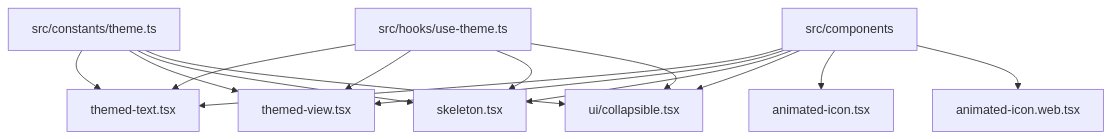
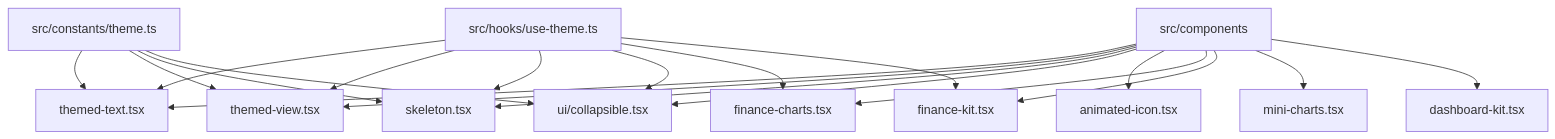
Before and after one commit to Muhammad-Masood/tijarah-ai-app: the first of 9 diagrams in .qoder/repowiki/en/content/Component Library.md, drawn with Mermaid. The commit also changed other lines of this file and 25 other files, not shown here.

````diff
--- a/.qoder/repowiki/en/content/Component Library.md
+++ b/.qoder/repowiki/en/content/Component Library.md
@@ -35,17 +48,22 @@
 ```mermaid
 graph TB
 A["src/components"] --> B["themed-text.tsx"]
 A --> C["themed-view.tsx"]
 A --> D["skeleton.tsx"]
 A --> E["ui/collapsible.tsx"]
 A --> F["animated-icon.tsx"]
-A --> G["animated-icon.web.tsx"]
-H["src/constants/theme.ts"] --> B
-H --> C
-H --> D
-H --> E
-I["src/hooks/use-theme.ts"] --> B
-I --> C
-I --> D
-I --> E
+A --> G["finance-charts.tsx"]
+A --> H["finance-kit.tsx"]
+A --> I["mini-charts.tsx"]
+A --> J["dashboard-kit.tsx"]
+K["src/constants/theme.ts"] --> B
+K --> C
+K --> D
+K --> E
+L["src/hooks/use-theme.ts"] --> B
+L --> C
+L --> D
+L --> E
+L --> G
+L --> H
 ```
````
